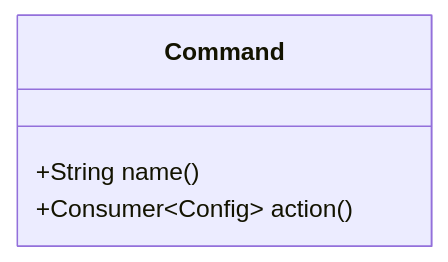
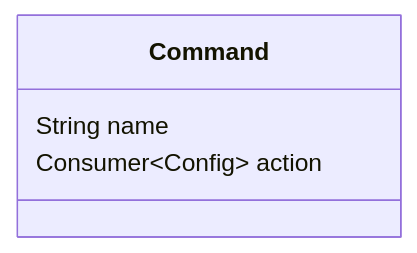
One commit to forax/design-pattern-reloaded changed the diagram in src/main/java/command/README.md. Above: the diagram before and after it, drawn with Mermaid.

Commit message:
another test with mermaid

````diff
--- a/src/main/java/command/README.md
+++ b/src/main/java/command/README.md
@@ -87,7 +87,7 @@
 ```mermaid
 classDiagram
 class Command {
-  +String name()
-  +Consumer~Config~ action()
+  String name
+  Consumer~Config~ action
 }
 ```
````
